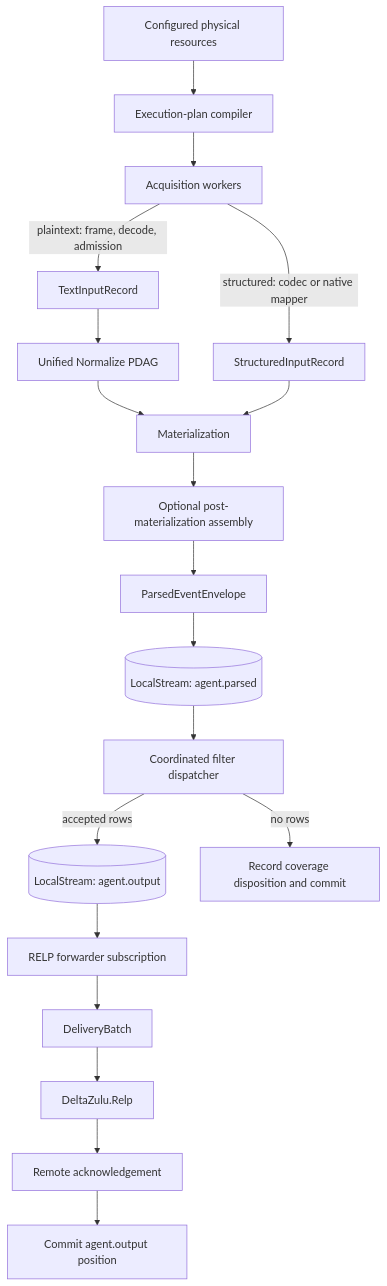
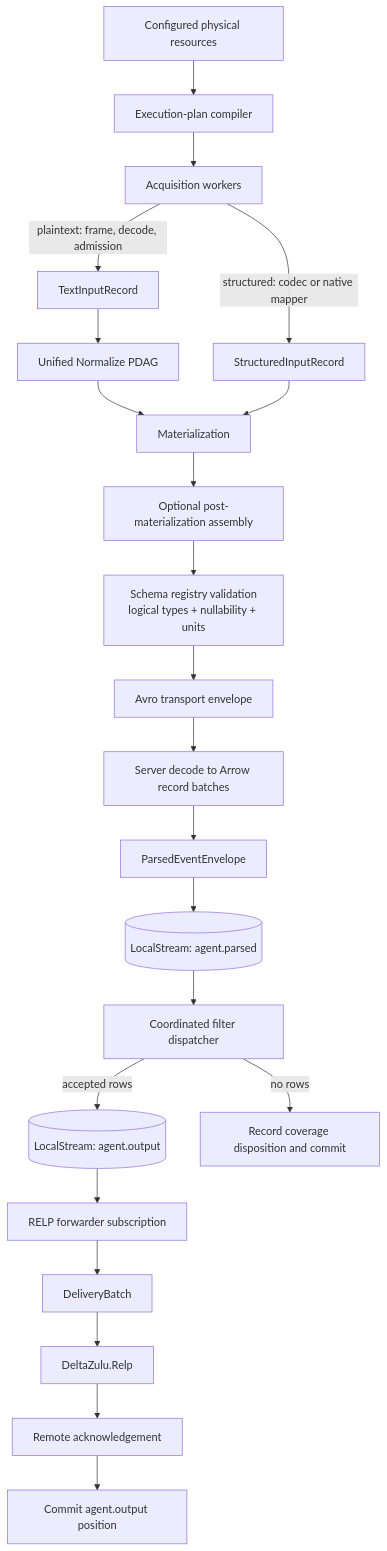
One commit to DeltaZulu-OU/DeltaZulu.Agent changed the diagram in docs/ARCHITECTURE.md. Above: the diagram before and after it, drawn with Mermaid. The commit also changed other lines of this file and 15 other files, not shown here.

````diff
--- a/docs/ARCHITECTURE.md
+++ b/docs/ARCHITECTURE.md
@@ -29,21 +33,25 @@
 ```mermaid
 flowchart TD
     R[Configured physical resources] --> P[Execution-plan compiler]
     P --> A[Acquisition workers]
     A -->|plaintext: frame, decode, admission| T[TextInputRecord]
     A -->|structured: codec or native mapper| S[StructuredInputRecord]
     T --> N[Unified Normalize PDAG]
     N --> M[Materialization]
     S --> M
     M --> AS[Optional post-materialization assembly]
-    AS --> PE[ParsedEventEnvelope]
+    AS --> SC[Schema registry validation
+logical types + nullability + units]
+    SC --> AV[Avro transport envelope]
+    AV --> AR[Server decode to Arrow record batches]
+    AR --> PE[ParsedEventEnvelope]
     PE --> PS[(LocalStream: agent.parsed)]
     PS --> FD[Coordinated filter dispatcher]
     FD -->|accepted rows| OS[(LocalStream: agent.output)]
     FD -->|no rows| D[Record coverage disposition and commit]
     OS --> RF[RELP forwarder subscription]
     RF --> B[DeliveryBatch]
     B --> RELP[DeltaZulu.Relp]
     RELP --> ACK[Remote acknowledgement]
     ACK --> C[Commit agent.output position]
 ```
````
